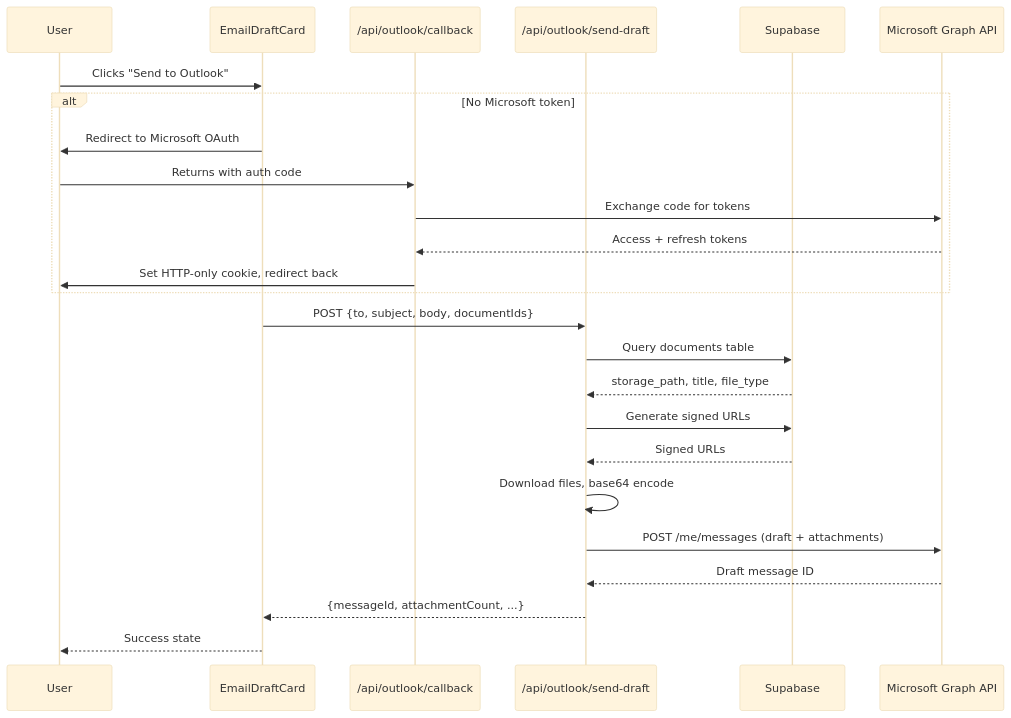
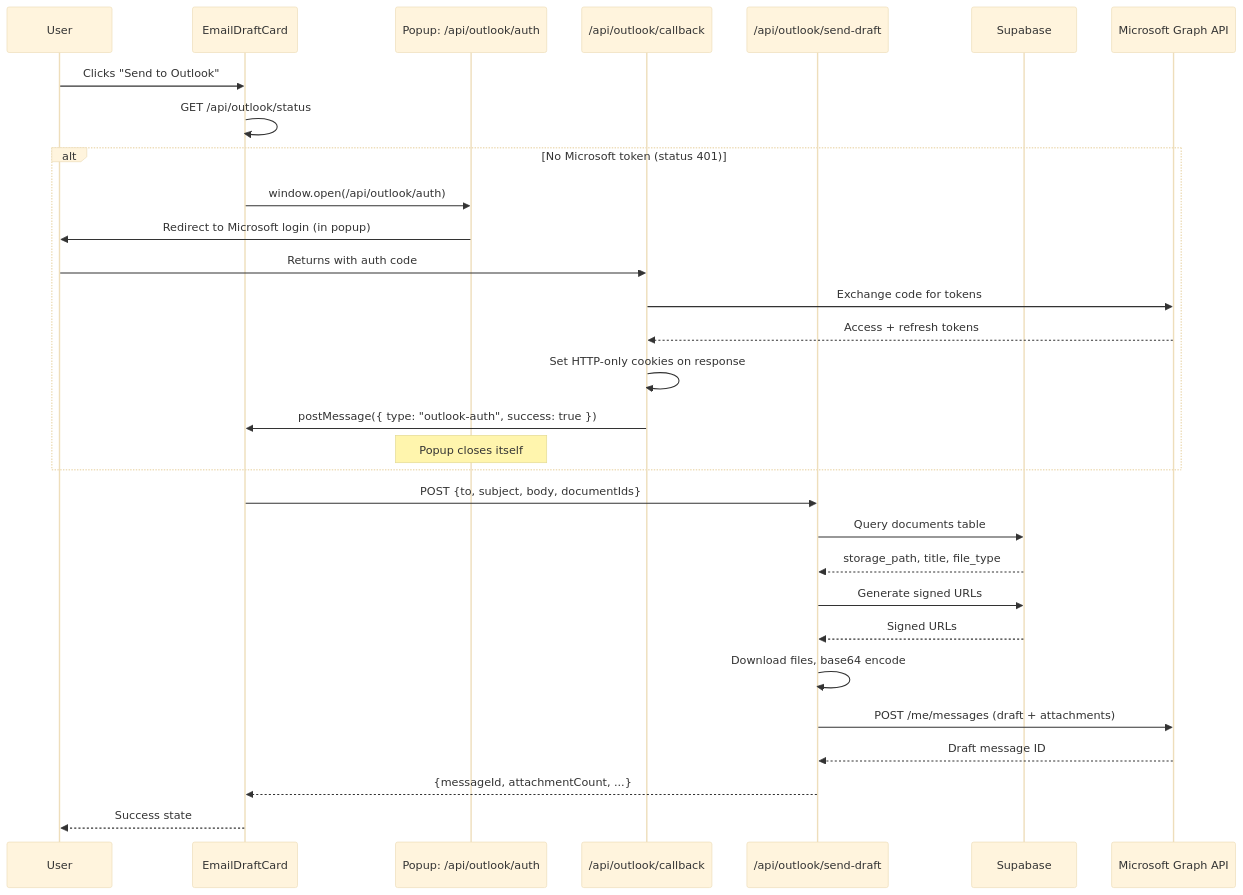
One commit to seanrankin/harco-agent changed the diagram in .kiro/specs/send-to-outlook/design.md. Above: the diagram before and after it, drawn with Mermaid (base theme). The commit also changed other lines of this file and 7 other files, not shown here.

First line of the commit message:
Add Outlook OAuth popup flow spec & README updates

````diff
--- a/.kiro/specs/send-to-outlook/design.md
+++ b/.kiro/specs/send-to-outlook/design.md
@@ -11,28 +11,33 @@
 ```mermaid
 sequenceDiagram
     participant User
     participant EmailDraftCard
+    participant AuthPopup as Popup: /api/outlook/auth
     participant OAuthCallback as /api/outlook/callback
     participant SendDraft as /api/outlook/send-draft
     participant Supabase
     participant Graph as Microsoft Graph API
 
     User->>EmailDraftCard: Clicks "Send to Outlook"
-    alt No Microsoft token
-        EmailDraftCard->>User: Redirect to Microsoft OAuth
+    EmailDraftCard->>EmailDraftCard: GET /api/outlook/status
+    alt No Microsoft token (status 401)
+        EmailDraftCard->>AuthPopup: window.open(/api/outlook/auth)
+        AuthPopup->>User: Redirect to Microsoft login (in popup)
         User->>OAuthCallback: Returns with auth code
         OAuthCallback->>Graph: Exchange code for tokens
         Graph-->>OAuthCallback: Access + refresh tokens
-        OAuthCallback->>User: Set HTTP-only cookie, redirect back
+        OAuthCallback->>OAuthCallback: Set HTTP-only cookies on response
+        OAuthCallback->>EmailDraftCard: postMessage({ type: "outlook-auth", success: true })
+        Note over AuthPopup: Popup closes itself
     end
     EmailDraftCard->>SendDraft: POST {to, subject, body, documentIds}
     SendDraft->>Supabase: Query documents table
     Supabase-->>SendDraft: storage_path, title, file_type
     SendDraft->>Supabase: Generate signed URLs
     Supabase-->>SendDraft: Signed URLs
     SendDraft->>SendDraft: Download files, base64 encode
     SendDraft->>Graph: POST /me/messages (draft + attachments)
     Graph-->>SendDraft: Draft message ID
     SendDraft-->>EmailDraftCard: {messageId, attachmentCount, ...}
     EmailDraftCard-->>User: Success state
 ```
````
